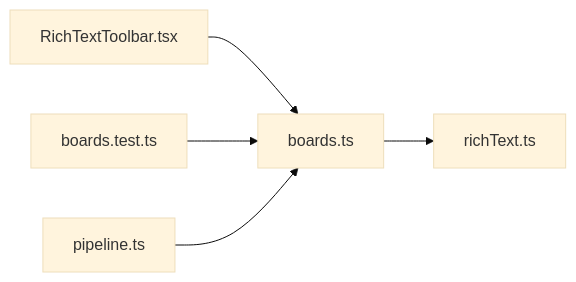
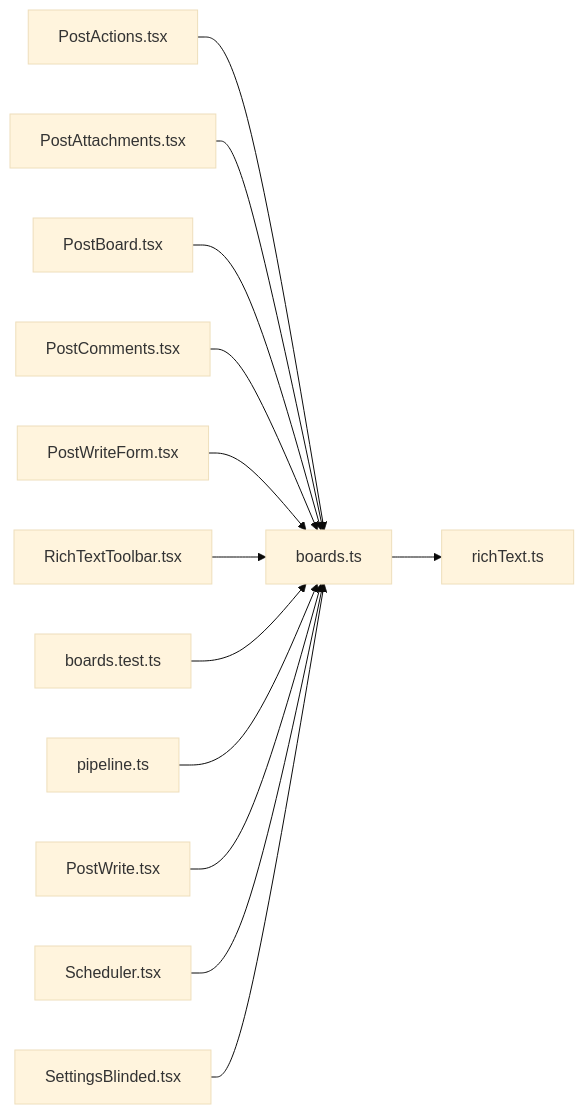
One commit to minkong-dev/Banblit changed the diagram in .cluedoc/graph/frontend/src/lib/boards.md. Above: the diagram before and after it, drawn with Mermaid (base theme). The commit also changed other lines of this file and 56 other files, not shown here.

Commit message:
frontend: import pure lib functions from their own files instead of through pipeline

````diff
--- a/.cluedoc/graph/frontend/src/lib/boards.md
+++ b/.cluedoc/graph/frontend/src/lib/boards.md
@@ -10,8 +10,16 @@
 ```mermaid
 flowchart LR
   frontend_src_lib_boards["boards.ts"]
   frontend_src_lib_boards --> frontend_src_lib_richText["richText.ts"]
+  frontend_src_components_PostActions["PostActions.tsx"] --> frontend_src_lib_boards
+  frontend_src_components_PostAttachments["PostAttachments.tsx"] --> frontend_src_lib_boards
+  frontend_src_components_PostBoard["PostBoard.tsx"] --> frontend_src_lib_boards
+  frontend_src_components_PostComments["PostComments.tsx"] --> frontend_src_lib_boards
+  frontend_src_components_PostWriteForm["PostWriteForm.tsx"] --> frontend_src_lib_boards
   frontend_src_components_RichTextToolbar["RichTextToolbar.tsx"] --> frontend_src_lib_boards
   frontend_src_lib_boards_test["boards.test.ts"] --> frontend_src_lib_boards
   frontend_src_lib_pipeline["pipeline.ts"] --> frontend_src_lib_boards
+  frontend_src_routes_PostWrite["PostWrite.tsx"] --> frontend_src_lib_boards
+  frontend_src_routes_Scheduler["Scheduler.tsx"] --> frontend_src_lib_boards
+  frontend_src_routes_SettingsBlinded["SettingsBlinded.tsx"] --> frontend_src_lib_boards
 ```
````
